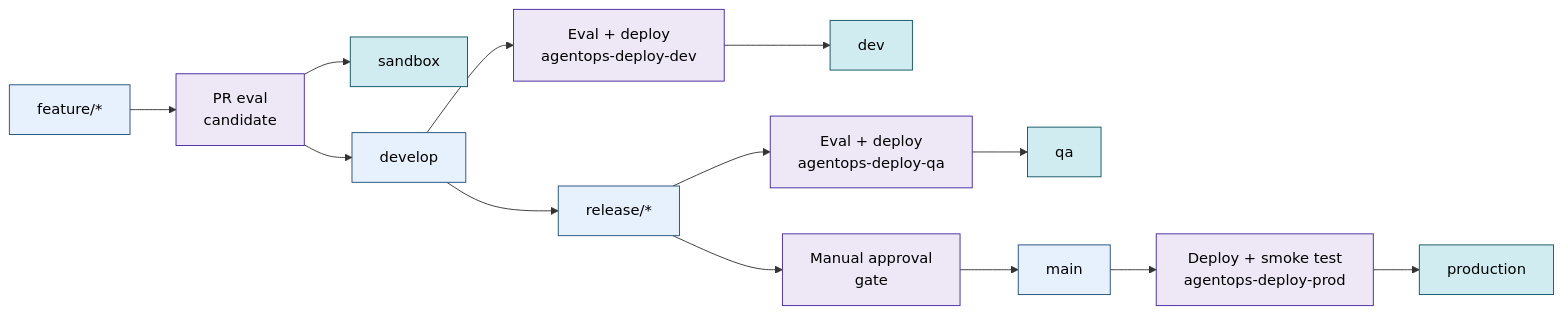
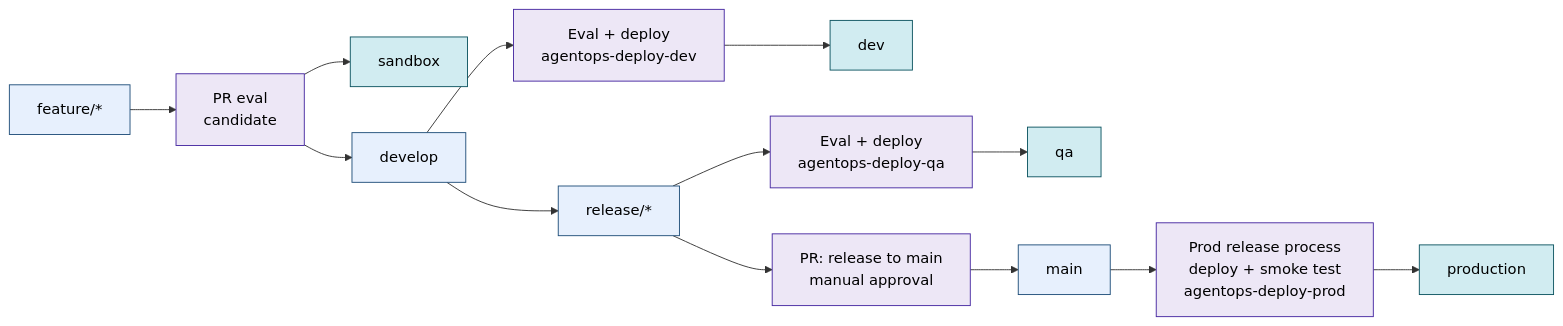
The diagram in docs/ci-github-actions.md (Azure/agentops), drawn with Mermaid before and after one commit. The commit also changed other lines of this file and 1 other file, not shown here.

Commit message:
Clarify release approval diagram

````diff
--- a/docs/ci-github-actions.md
+++ b/docs/ci-github-actions.md
@@ -33,24 +33,24 @@
 ```mermaid
 flowchart LR
     feature["feature/*"] --> prDev["PR eval<br/>candidate"]
     prDev --> sandbox["sandbox"]
     prDev --> develop["develop"]
     develop --> devDeploy["Eval + deploy<br/>agentops-deploy-dev"]
     devDeploy --> devEnv["dev"]
 
     develop --> release["release/*"]
     release --> qaDeploy["Eval + deploy<br/>agentops-deploy-qa"]
     qaDeploy --> qaEnv["qa"]
 
-    release --> prProd["Manual approval<br/>gate"]
+    release --> prProd["PR: release to main<br/>manual approval"]
     prProd --> main["main"]
-    main --> prodDeploy["Deploy + smoke test<br/>agentops-deploy-prod"]
+    main --> prodDeploy["Prod release process<br/>deploy + smoke test<br/>agentops-deploy-prod"]
     prodDeploy --> prodEnv["production"]
 
     classDef branch fill:#e7f0fd,stroke:#1f4e79,color:#000;
     classDef pipeline fill:#ede7f6,stroke:#4527a0,color:#000;
     classDef env fill:#d1ecf1,stroke:#0c5460,color:#000;
     class feature,develop,release,main branch;
     class prDev,devDeploy,qaDeploy,prProd,prodDeploy pipeline;
     class sandbox,devEnv,qaEnv,prodEnv env;
 ```
````
